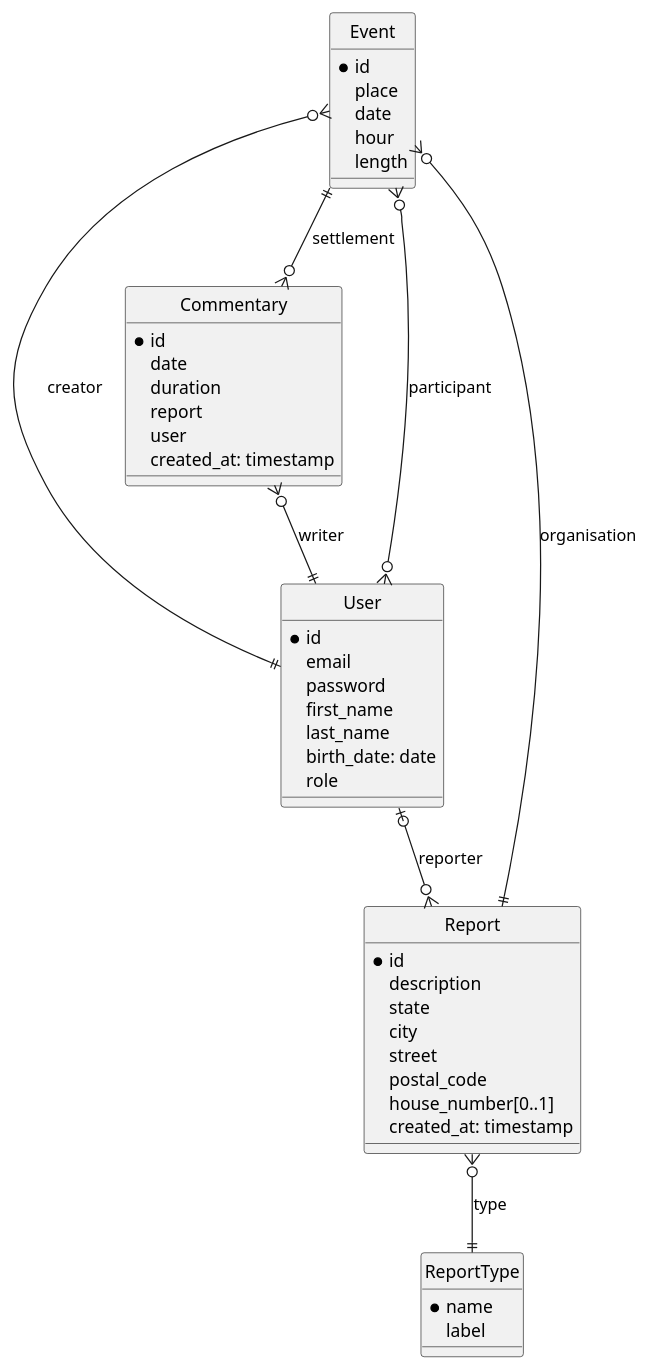
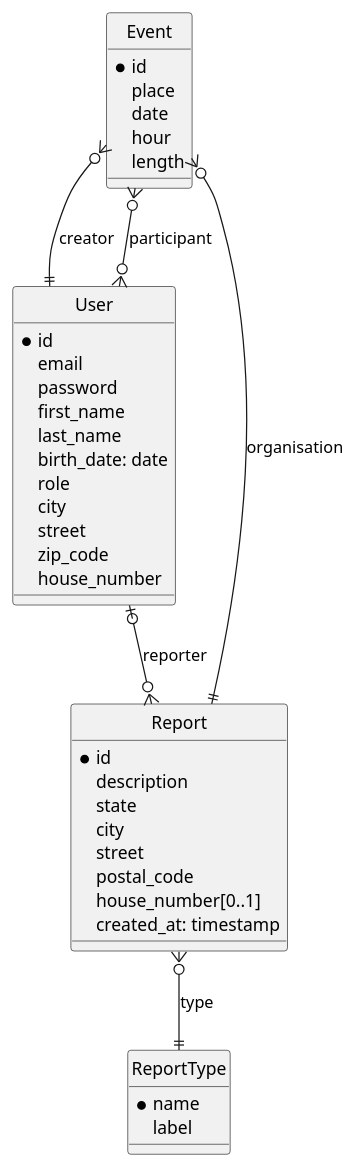
The diagram in schemas/database_EA.puml (ThibBer/smartcity_api), drawn with PlantUML before and after one commit.

Commit message:
Add user addresse - database_EA.puml

```diff
--- a/schemas/database_EA.puml
+++ b/schemas/database_EA.puml
@@ -1,55 +1,48 @@
 @startuml
 hide circle
 
 entity User{
     * id
     email
     password
     first_name
     last_name
     birth_date: date
     role
+    city
+    street
+    zip_code
+    house_number
 }
 
 entity Report {
     * id
     description
     state
     city
     street
     postal_code
     house_number[0..1]
     created_at: timestamp
 }
 
 entity Event {
     * id
     place
     date
     hour
     length
 }
 
-entity Commentary {
-    * id
-    date
-    duration
-    report
-    user
-    created_at: timestamp
-}
-
 entity ReportType {
     * name
     label
 }
 
 User |o--o{ Report : reporter
 Report ||--o{ Event : organisation
-Commentary }o--|| User : writer
-Event ||--o{ Commentary : settlement
 User }o--o{ Event : participant
 User ||-up-o{ Event : creator
 Report }o--|| ReportType : type
 
 @enduml
```
